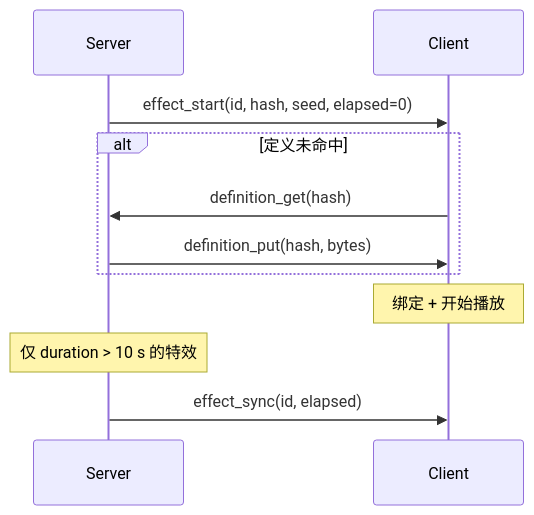
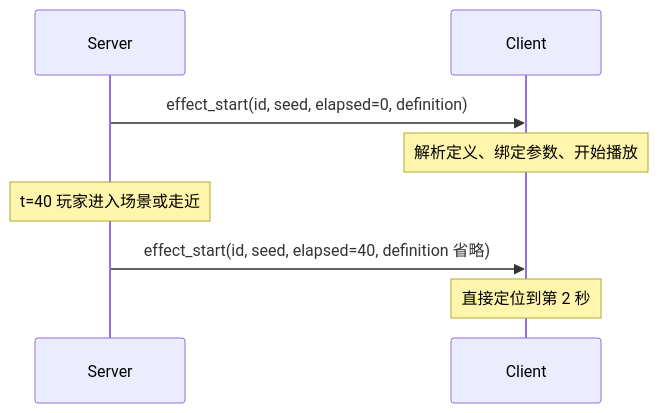
Before and after one commit to Cookie499/AstrorbitsParticle: the third of 4 diagrams in docs/架构设计.md, drawn with Mermaid. The commit also changed other lines of this file and 2 other files, not shown here.

````diff
--- a/docs/架构设计.md
+++ b/docs/架构设计.md
@@ -292,13 +282,10 @@
 ```mermaid
 sequenceDiagram
   participant S as Server
   participant C as Client
-  S->>C: effect_start(id, hash, seed, elapsed=0)
-  alt 定义未命中
-    C->>S: definition_get(hash)
-    S->>C: definition_put(hash, bytes)
-  end
-  Note over C: 绑定 + 开始播放
-  Note over S: 仅 duration > 10 s 的特效
-  S->>C: effect_sync(id, elapsed)
+  S->>C: effect_start(id, seed, elapsed=0, definition)
+  Note over C: 解析定义、绑定参数、开始播放
+  Note over S: t=40 玩家进入场景或走近
+  S->>C: effect_start(id, seed, elapsed=40, definition 省略)
+  Note over C: 直接定位到第 2 秒
 ```
````
